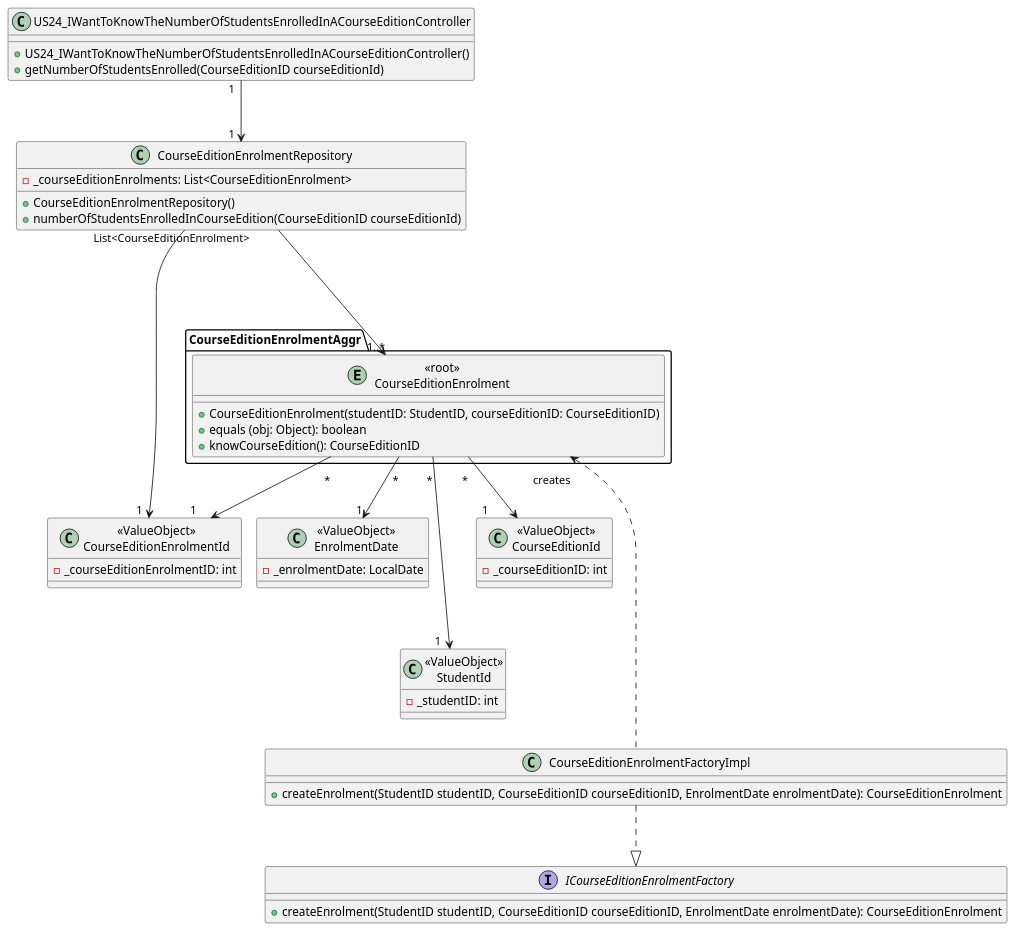
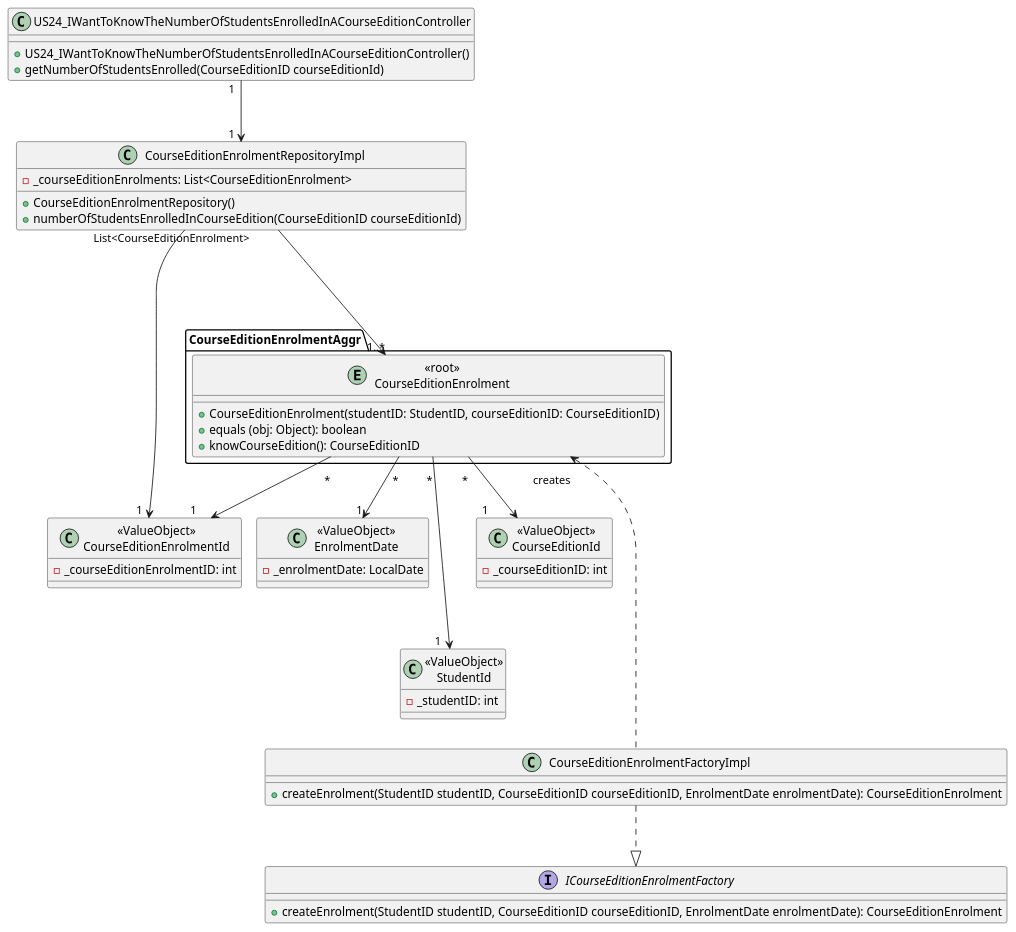
The diagram in docs/US24/US24_IWantToKnowNumberOfStudentsEnrolledInACourseEdition_ClassDiagram.puml (GasparISEP/DevOps-PAI), drawn with PlantUML before and after one commit.

Commit message:
Updated US24 Class Diagram. Closes #48

```diff
--- a/docs/US24/US24_IWantToKnowNumberOfStudentsEnrolledInACourseEdition_ClassDiagram.puml
+++ b/docs/US24/US24_IWantToKnowNumberOfStudentsEnrolledInACourseEdition_ClassDiagram.puml
@@ -1,62 +1,62 @@
 @startuml
 
 !pragma layout smetana
 
 
     class US24_IWantToKnowTheNumberOfStudentsEnrolledInACourseEditionController {
         +US24_IWantToKnowTheNumberOfStudentsEnrolledInACourseEditionController()
         +getNumberOfStudentsEnrolled(CourseEditionID courseEditionId)
     }
 
-    class "CourseEditionEnrolmentRepository" as CourseEditionEnrolmentRepository {
+    class "CourseEditionEnrolmentRepositoryImpl" as CourseEditionEnrolmentRepository {
         -_courseEditionEnrolments: List<CourseEditionEnrolment>
         +CourseEditionEnrolmentRepository()
         +numberOfStudentsEnrolledInCourseEdition(CourseEditionID courseEditionId)
     }
 
 
 package "CourseEditionEnrolmentAggr" {
     entity "<<root>>\nCourseEditionEnrolment" as CourseEditionEnrolment {
         +CourseEditionEnrolment(studentID: StudentID, courseEditionID: CourseEditionID)
                  +equals (obj: Object): boolean
                  +knowCourseEdition(): CourseEditionID
     }
 }
 
     class "<<ValueObject>>\nEnrolmentDate" as EnrolmentDate {
         -_enrolmentDate: LocalDate
         }
 
     class "<<ValueObject>>\nStudentId" as StudentId {
         -_studentID: int
         }
 
     class "<<ValueObject>>\nCourseEditionId" as CourseEditionId {
         -_courseEditionID: int
         }
 
     class "<<ValueObject>>\nCourseEditionEnrolmentId" as CourseEditionEnrolmentId {
         -_courseEditionEnrolmentID: int
             }
 
 class CourseEditionEnrolmentFactoryImpl {
         +createEnrolment(StudentID studentID, CourseEditionID courseEditionID, EnrolmentDate enrolmentDate): CourseEditionEnrolment
     }
 
 interface ICourseEditionEnrolmentFactory {
         +createEnrolment(StudentID studentID, CourseEditionID courseEditionID, EnrolmentDate enrolmentDate): CourseEditionEnrolment
     }
 
 
 US24_IWantToKnowTheNumberOfStudentsEnrolledInACourseEditionController "1  " ---> "1  " CourseEditionEnrolmentRepository
 CourseEditionEnrolmentRepository "List<CourseEditionEnrolment>          " -----> "1..*" CourseEditionEnrolment
 CourseEditionEnrolmentFactoryImpl ...|> ICourseEditionEnrolmentFactory
 CourseEditionEnrolment "\n creates" <...... CourseEditionEnrolmentFactoryImpl
 
 CourseEditionEnrolment "\n *" ---> "1          " CourseEditionId
 CourseEditionEnrolment "\n *" -----> "1   " StudentId
 CourseEditionEnrolment "\n *" ---> "1" EnrolmentDate
 CourseEditionEnrolment "\n *" ---> "1     " CourseEditionEnrolmentId
 
 CourseEditionEnrolmentRepository ---> "1  " CourseEditionEnrolmentId
 @enduml
```
